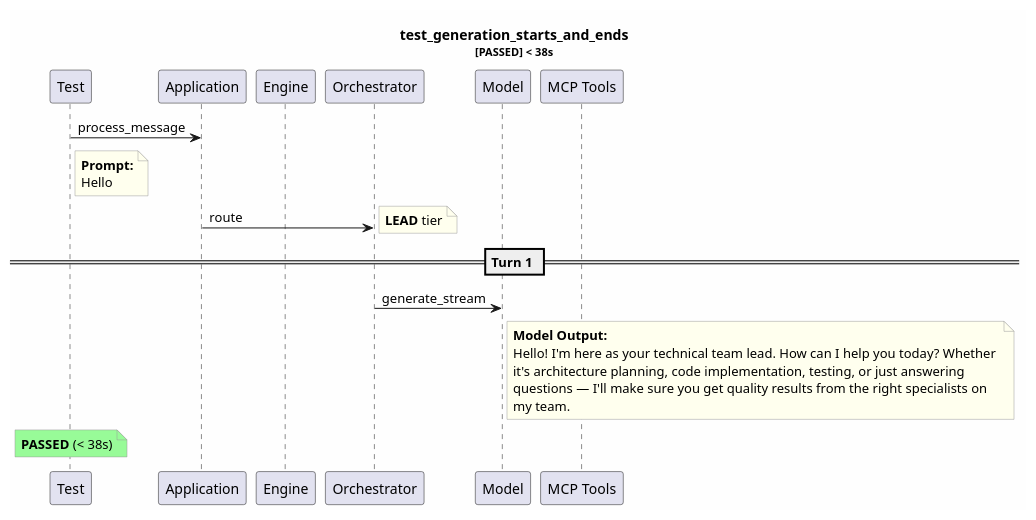
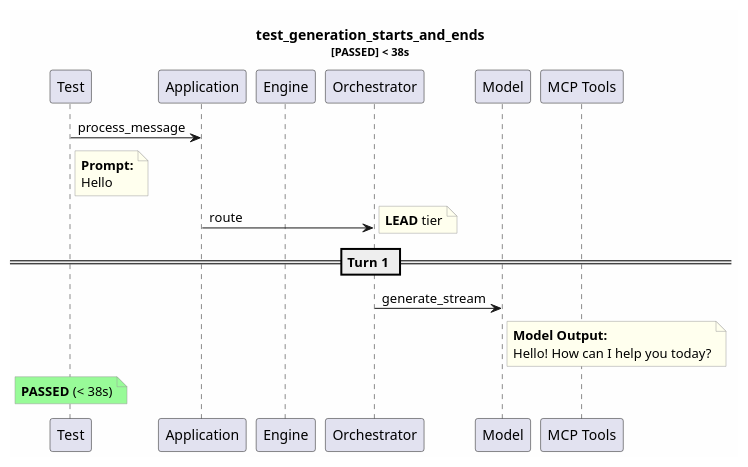
Before and after one commit to tvanfossen/entropic: the diagram in test-reports/logs/test_generation_starts_and_ends/test_generation_starts_and_ends.puml, drawn with PlantUML. The commit also changed 12 other files, not shown here.

```diff
--- a/test-reports/logs/test_generation_starts_and_ends/test_generation_starts_and_ends.puml
+++ b/test-reports/logs/test_generation_starts_and_ends/test_generation_starts_and_ends.puml
@@ -1,34 +1,31 @@
 @startuml
 skinparam backgroundColor #FEFEFE
 skinparam noteBorderColor #999999
 skinparam noteBackgroundColor #FFFFEE
 title test_generation_starts_and_ends\n<size:11>[PASSED] < 38s</size>
 
 participant "Test" as T
 participant "Application" as App
 participant "Engine" as Eng
 participant "Orchestrator" as Orch
 participant "Model" as Mdl
 participant "MCP Tools" as MCP
 
 T -> App: process_message
 note right of T
   **Prompt:**
   Hello
 end note
 App -> Orch: route
 note right: **LEAD** tier
 == Turn 1 ==
 Orch -> Mdl: generate_stream
 note right of Mdl
   **Model Output:**
-  Hello! I'm here as your technical team lead. How can I help you today? Whether 
-  it's architecture planning, code implementation, testing, or just answering 
-  questions — I'll make sure you get quality results from the right specialists on
-  my team.
+  Hello! How can I help you today?
 end note
 note over T #palegreen
   **PASSED** (< 38s)
 end note
 
 @enduml
```
